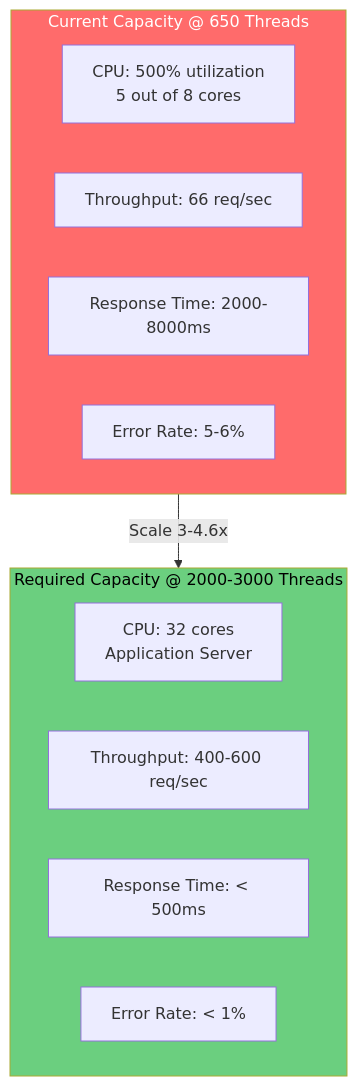
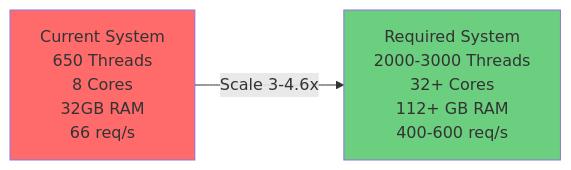
Before and after one commit to gohilmahaveer/json-format-service: the fifth of 5 diagrams in vendor-portal-report.md, drawn with Mermaid. The commit also changed other lines of this file, not shown here.

````diff
--- a/vendor-portal-report.md
+++ b/vendor-portal-report.md
@@ -233,21 +247,10 @@
 ```mermaid
-flowchart TD
-    subgraph Current["Current Capacity @ 650 Threads"]
-        C1["CPU: 500% utilization<br/>5 out of 8 cores"]
-        C2["Throughput: 66 req/sec"]
-        C3["Response Time: 2000-8000ms"]
-        C4["Error Rate: 5-6%"]
-    end
+flowchart LR
+    A["Current System<br/>650 Threads<br/>8 Cores<br/>32GB RAM<br/>66 req/s"]
+    B["Required System<br/>2000-3000 Threads<br/>32+ Cores<br/>112+ GB RAM<br/>400-600 req/s"]
     
-    subgraph Required["Required Capacity @ 2000-3000 Threads"]
-        R1["CPU: 32 cores<br/>Application Server"]
-        R2["Throughput: 400-600 req/sec"]
-        R3["Response Time: < 500ms"]
-        R4["Error Rate: < 1%"]
-    end
+    A -->|"Scale 3-4.6x"| B
     
-    Current -->|Scale 3-4.6x| Required
-    
-    style Current fill:#ff6b6b,color:#fff
-    style Required fill:#6bcf7f,color:#000
+    style A fill:#ff6b6b
+    style B fill:#6bcf7f
 ```
````
